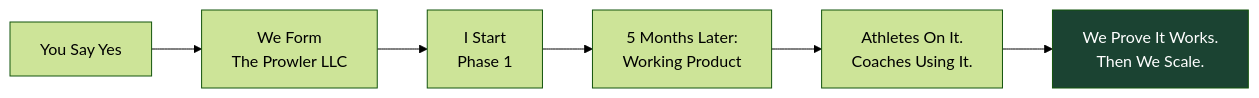
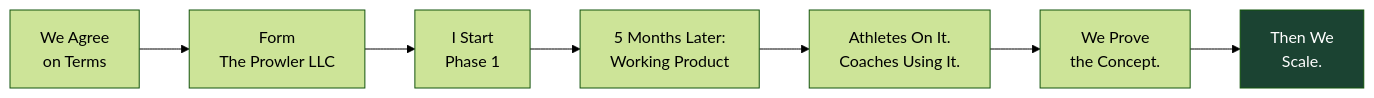
Before and after one commit to huttonbenj/The-Prowler: the fourth of 4 diagrams in THE_DEAL.md, drawn with Mermaid (forest theme). The commit also changed other lines of this file and 1 other file, not shown here.

````diff
--- a/THE_DEAL.md
+++ b/THE_DEAL.md
@@ -487,10 +194,11 @@
 ```mermaid
 flowchart LR
-    A["You Say Yes"] --> B["We Form<br/>The Prowler LLC"]
+    A["We Agree<br/>on Terms"] --> B["Form<br/>The Prowler LLC"]
     B --> C["I Start<br/>Phase 1"]
     C --> D["5 Months Later:<br/>Working Product"]
     D --> E["Athletes On It.<br/>Coaches Using It."]
-    E --> F["We Prove It Works.<br/>Then We Scale."]
+    E --> F["We Prove<br/>the Concept."]
+    F --> G["Then We<br/>Scale."]
 
-    style F fill:#1b4332,color:#fff
+    style G fill:#1b4332,color:#fff
 ```
````
